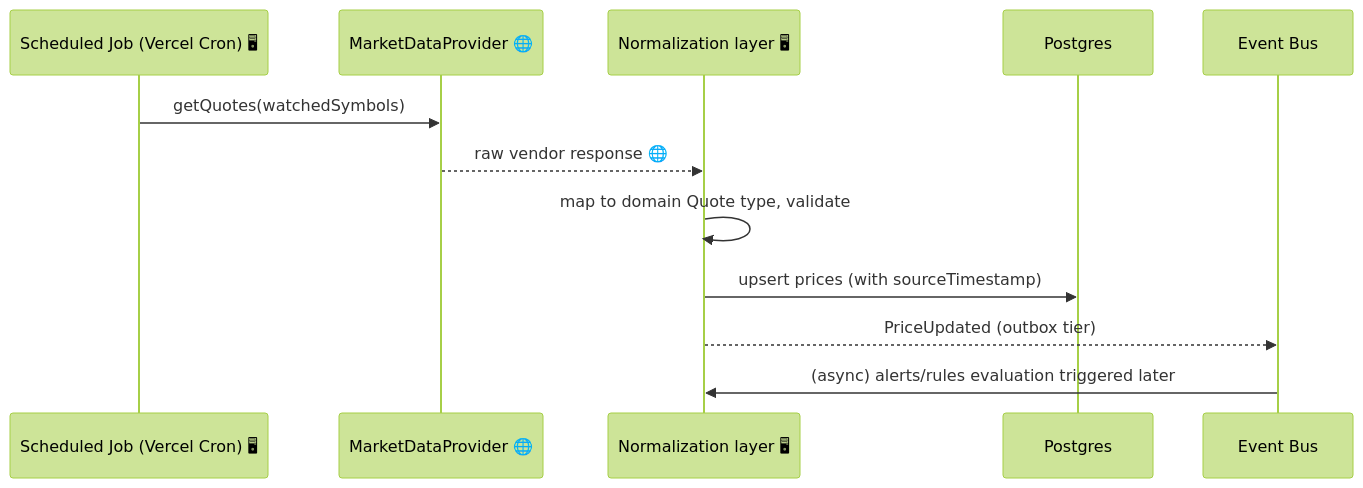
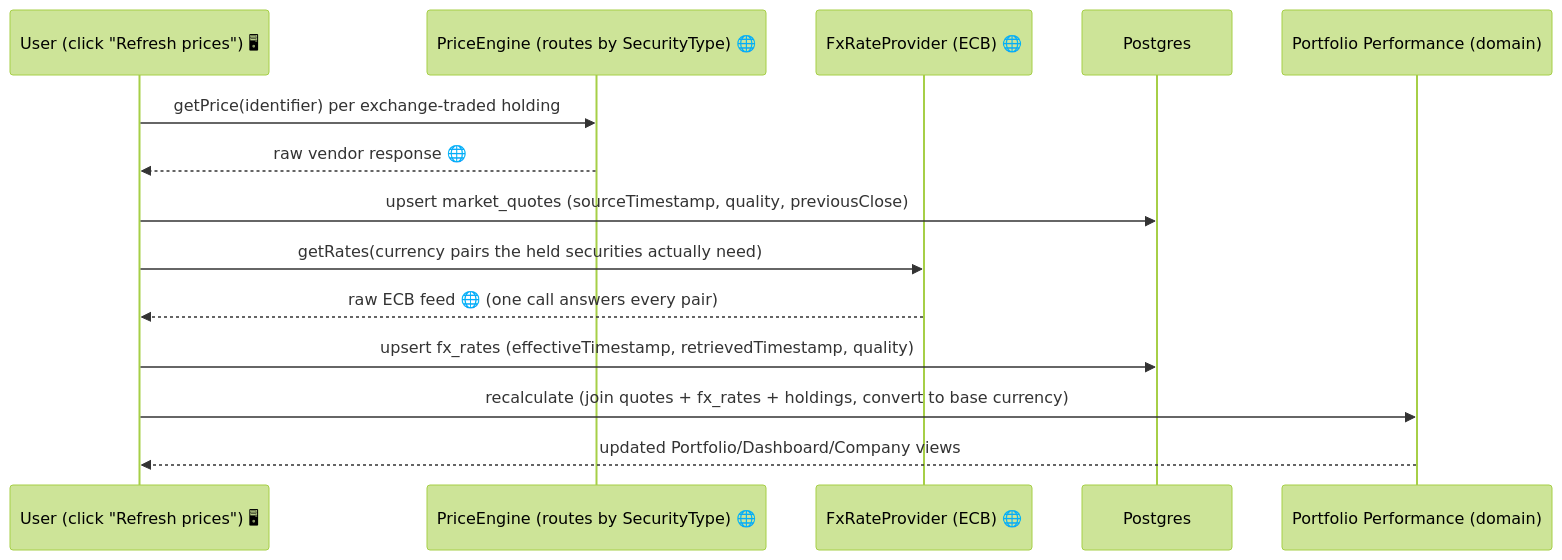
One commit to SteveArbor/arbor-lyme-investment-office changed the fourth of 10 diagrams in docs/data-flow.md. Above: the diagram before and after it, drawn with Mermaid (forest theme). The commit also changed other lines of this file and 49 other files, not shown here.

First line of the commit message:
feat: add multi currency pricing and live market data foundation

````diff
--- a/docs/data-flow.md
+++ b/docs/data-flow.md
@@ -174,15 +174,17 @@
 ```mermaid
 sequenceDiagram
-    participant CR as Scheduled Job (Vercel Cron) 🖥
-    participant MP as MarketDataProvider 🌐
-    participant N as Normalization layer 🖥
+    participant U as User (click "Refresh prices") 🖥
+    participant PE as PriceEngine (routes by SecurityType) 🌐
+    participant FX as FxRateProvider (ECB) 🌐
     participant DB as Postgres
-    participant EV as Event Bus
+    participant PF as Portfolio Performance (domain)
 
-    CR->>MP: getQuotes(watchedSymbols)
-    MP-->>N: raw vendor response 🌐
-    N->>N: map to domain Quote type, validate
-    N->>DB: upsert prices (with sourceTimestamp)
-    N-->>EV: PriceUpdated (outbox tier)
-    EV->>N: (async) alerts/rules evaluation triggered later
+    U->>PE: getPrice(identifier) per exchange-traded holding
+    PE-->>U: raw vendor response 🌐
+    U->>DB: upsert market_quotes (sourceTimestamp, quality, previousClose)
+    U->>FX: getRates(currency pairs the held securities actually need)
+    FX-->>U: raw ECB feed 🌐 (one call answers every pair)
+    U->>DB: upsert fx_rates (effectiveTimestamp, retrievedTimestamp, quality)
+    U->>PF: recalculate (join quotes + fx_rates + holdings, convert to base currency)
+    PF-->>U: updated Portfolio/Dashboard/Company views
 ```
````
